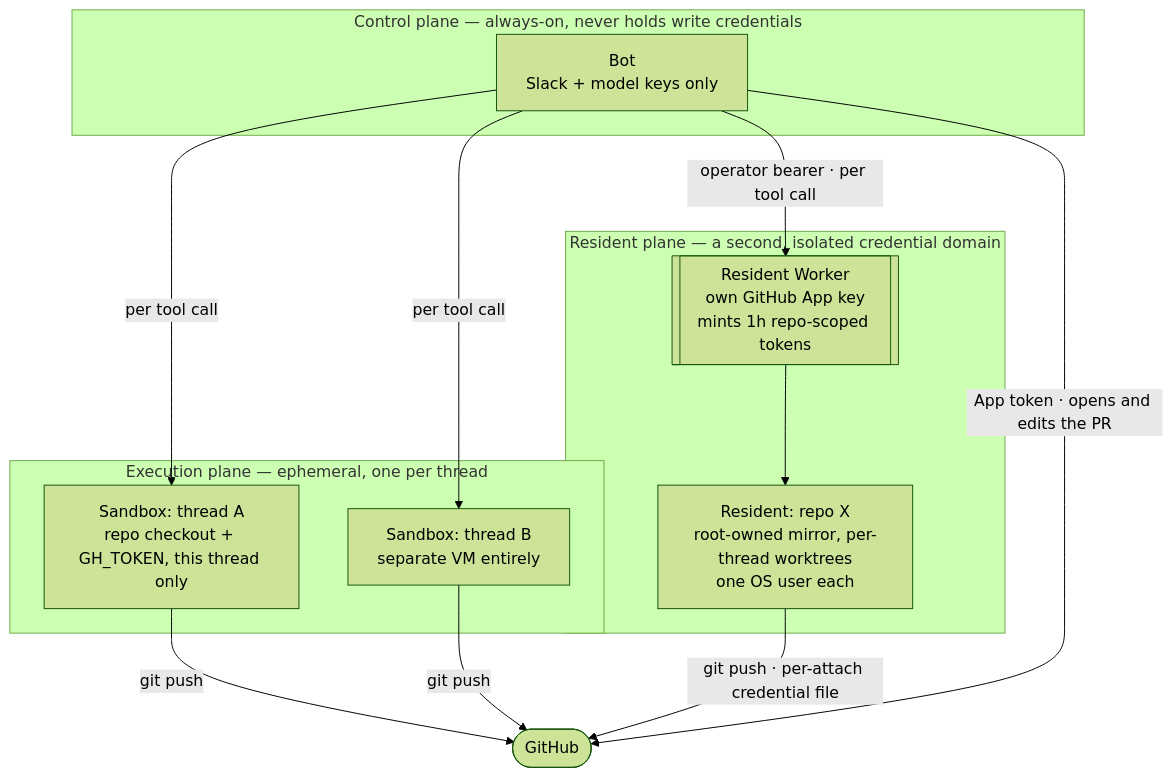
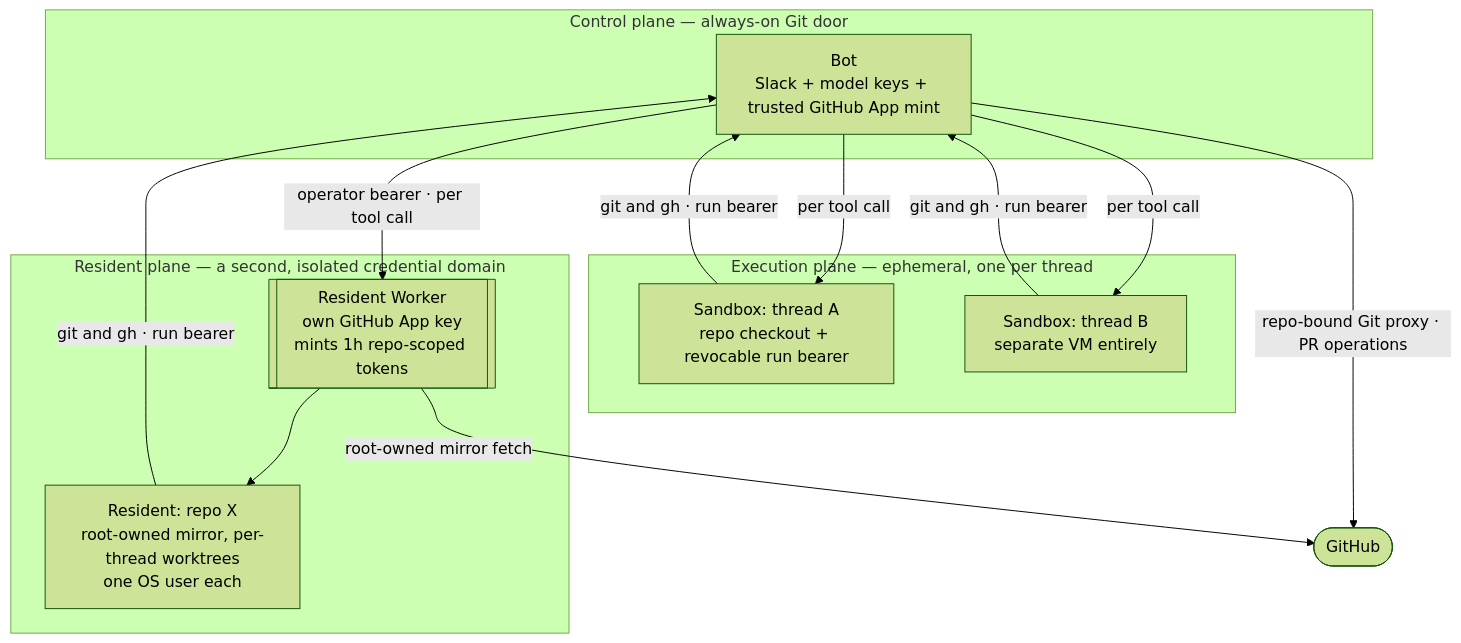
Before and after one commit to coreplanelabs/switchboard: the diagram in docs/explanation/execution-and-trust.md, drawn with Mermaid (forest theme). The commit also changed other lines of this file and 67 other files, not shown here.

Commit message:
fix: keep GitHub App credentials outside workspace runs

````diff
--- a/docs/explanation/execution-and-trust.md
+++ b/docs/explanation/execution-and-trust.md
@@ -9,23 +9,24 @@
 ```mermaid
 flowchart TB
-    subgraph cp ["Control plane — always-on, never holds write credentials"]
-        BOT["Bot<br/>Slack + model keys only"]
+    subgraph cp ["Control plane — always-on Git door"]
+        BOT["Bot<br/>Slack + model keys + trusted GitHub App mint"]
     end
 
     subgraph ep ["Execution plane — ephemeral, one per thread"]
-        S1["Sandbox: thread A<br/>repo checkout + GH_TOKEN, this thread only"]
+        S1["Sandbox: thread A<br/>repo checkout + revocable run bearer"]
         S2["Sandbox: thread B<br/>separate VM entirely"]
     end
 
     subgraph rp ["Resident plane — a second, isolated credential domain"]
         RW[["Resident Worker<br/>own GitHub App key<br/>mints 1h repo-scoped tokens"]]
         RD["Resident: repo X<br/>root-owned mirror, per-thread worktrees<br/>one OS user each"]
     end
 
     GH(["GitHub"])
     BOT -->|"per tool call"| S1 & S2
     BOT -->|"operator bearer · per tool call"| RW --> RD
-    S1 & S2 -->|"git push"| GH
-    RD -->|"git push · per-attach credential file"| GH
-    BOT -->|"App token · opens and edits the PR"| GH
+    S1 & S2 -->|"git and gh · run bearer"| BOT
+    RD -->|"git and gh · run bearer"| BOT
+    RW -->|"root-owned mirror fetch"| GH
+    BOT -->|"repo-bound Git proxy · PR operations"| GH
 ```
````
